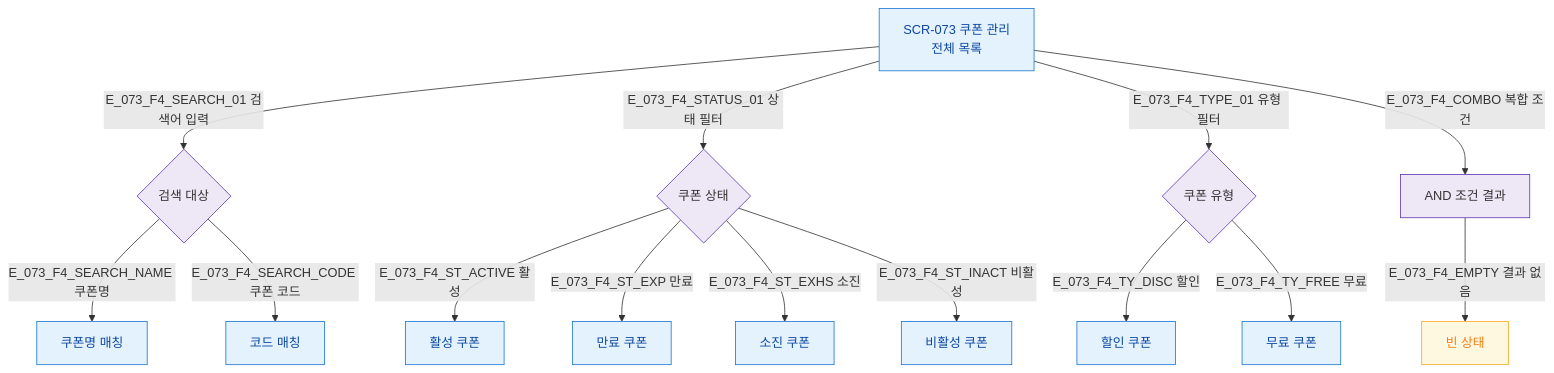
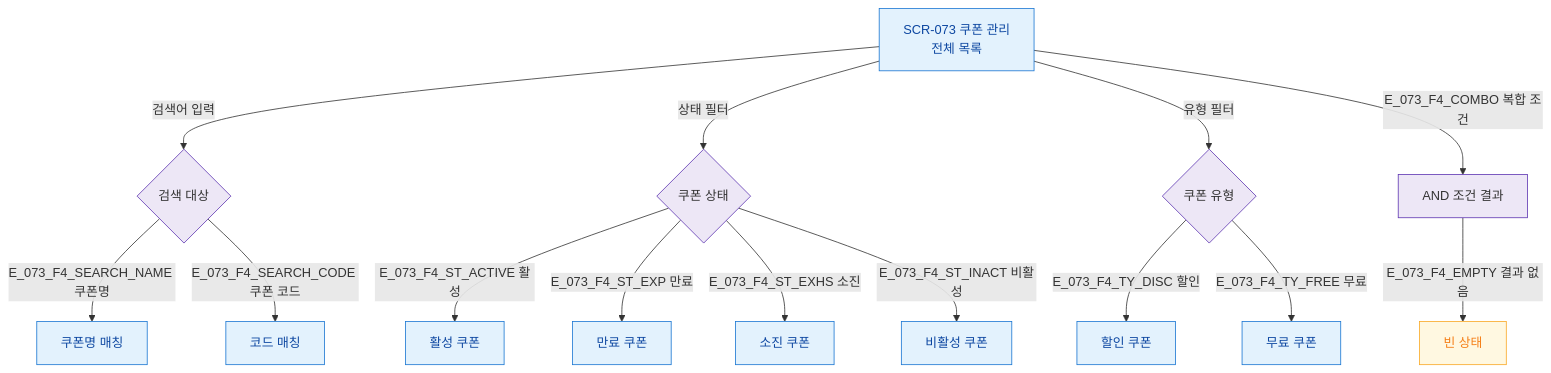
Before and after one commit to dev-spogym/admin-pando: the diagram in docs/다이어그램/D08_마케팅/SCR-073_쿠폰관리/F4_필터검색.md, drawn with Mermaid. The commit also changed other lines of this file and 1660 other files, not shown here.

First line of the commit message:
다이어그램: 기획자/클라이언트 납품본으로 정리

````diff
--- a/docs/다이어그램/D08_마케팅/SCR-073_쿠폰관리/F4_필터검색.md
+++ b/docs/다이어그램/D08_마케팅/SCR-073_쿠폰관리/F4_필터검색.md
@@ -14,29 +12,29 @@
 ```mermaid
 flowchart TD
   SCR_073[SCR-073 쿠폰 관리\n전체 목록]
 
-  SCR_073 -->|E_073_F4_SEARCH_01 검색어 입력| SEARCH{검색 대상}
-  SEARCH -->|E_073_F4_SEARCH_NAME 쿠폰명| R_NAME[쿠폰명 매칭]
-  SEARCH -->|E_073_F4_SEARCH_CODE 쿠폰 코드| R_CODE[코드 매칭]
+  SCR_073 -->|검색어 입력|SEARCH{검색 대상}
+  SEARCH -->|E_073_F4_SEARCH_NAME 쿠폰명|R_NAME[쿠폰명 매칭]
+  SEARCH -->|E_073_F4_SEARCH_CODE 쿠폰 코드|R_CODE[코드 매칭]
 
-  SCR_073 -->|E_073_F4_STATUS_01 상태 필터| FILTER_ST{쿠폰 상태}
-  FILTER_ST -->|E_073_F4_ST_ACTIVE 활성| R_ACTIVE[활성 쿠폰]
-  FILTER_ST -->|E_073_F4_ST_EXP 만료| R_EXP[만료 쿠폰]
-  FILTER_ST -->|E_073_F4_ST_EXHS 소진| R_EXHS[소진 쿠폰]
-  FILTER_ST -->|E_073_F4_ST_INACT 비활성| R_INACT[비활성 쿠폰]
+  SCR_073 -->|상태 필터|FILTER_ST{쿠폰 상태}
+  FILTER_ST -->|E_073_F4_ST_ACTIVE 활성|R_ACTIVE[활성 쿠폰]
+  FILTER_ST -->|E_073_F4_ST_EXP 만료|R_EXP[만료 쿠폰]
+  FILTER_ST -->|E_073_F4_ST_EXHS 소진|R_EXHS[소진 쿠폰]
+  FILTER_ST -->|E_073_F4_ST_INACT 비활성|R_INACT[비활성 쿠폰]
 
-  SCR_073 -->|E_073_F4_TYPE_01 유형 필터| FILTER_TY{쿠폰 유형}
-  FILTER_TY -->|E_073_F4_TY_DISC 할인| R_DISC[할인 쿠폰]
-  FILTER_TY -->|E_073_F4_TY_FREE 무료| R_FREE[무료 쿠폰]
+  SCR_073 -->|유형 필터|FILTER_TY{쿠폰 유형}
+  FILTER_TY -->|E_073_F4_TY_DISC 할인|R_DISC[할인 쿠폰]
+  FILTER_TY -->|E_073_F4_TY_FREE 무료|R_FREE[무료 쿠폰]
 
-  SCR_073 -->|E_073_F4_COMBO 복합 조건| COMBO[AND 조건 결과]
-  COMBO -->|E_073_F4_EMPTY 결과 없음| EMPTY[빈 상태]
+  SCR_073 -->|E_073_F4_COMBO 복합 조건|COMBO[AND 조건 결과]
+  COMBO -->|E_073_F4_EMPTY 결과 없음|EMPTY[빈 상태]
 
-  classDef screen      fill:#E3F2FD,stroke:#1976D2,color:#0D47A1
-  classDef system      fill:#EDE7F6,stroke:#5E35B2
-  classDef warning     fill:#FFF8E1,stroke:#F9A825,color:#F57F17
+  classDef screen fill:#E3F2FD,stroke:#1976D2,color:#0D47A1
+  classDef system fill:#EDE7F6,stroke:#5E35B2
+  classDef warning fill:#FFF8E1,stroke:#F9A825,color:#F57F17
 
   class SCR_073,R_NAME,R_CODE,R_ACTIVE,R_EXP,R_EXHS,R_INACT,R_DISC,R_FREE screen
   class SEARCH,FILTER_ST,FILTER_TY,COMBO system
   class EMPTY warning
 ```
````
